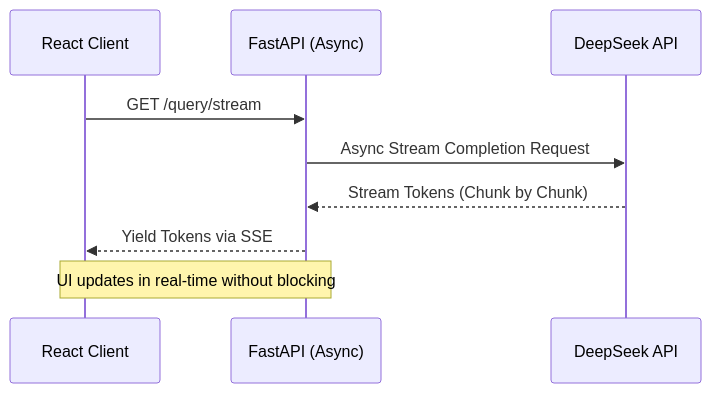
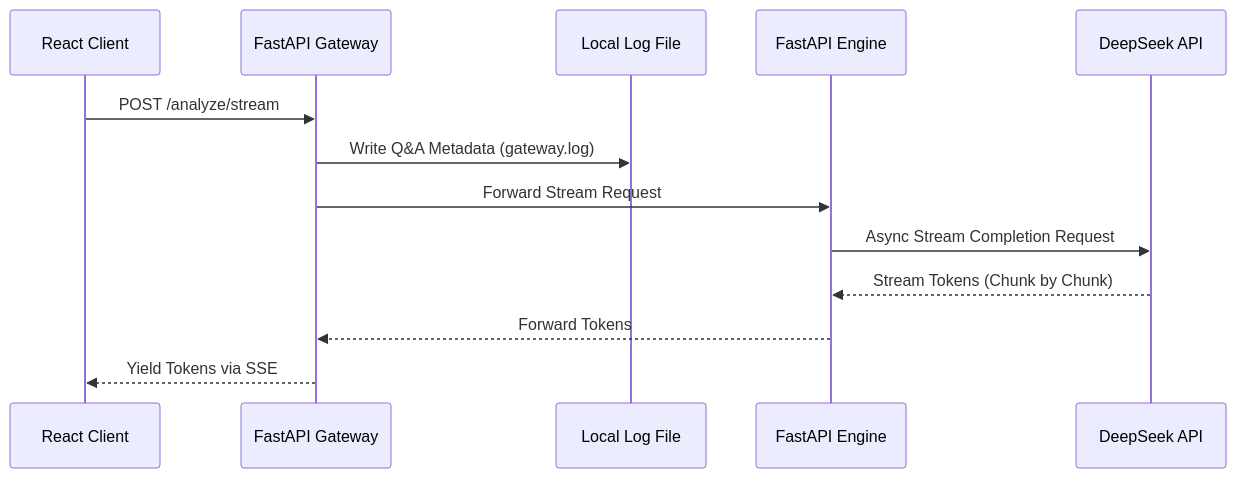
Before and after one commit to joe-ging/AI_Stock_Analyst_Enterprise: the second of 5 diagrams in README.md, drawn with Mermaid. The commit also changed other lines of this file and 8 other files, not shown here.

Commit message:
docs: comprehensive update to logging architecture and READMEs

````diff
--- a/README.md
+++ b/README.md
@@ -80,12 +83,16 @@
 ```mermaid
 sequenceDiagram
     participant UI as React Client
-    participant Engine as FastAPI (Async)
+    participant Gateway as FastAPI Gateway
+    participant Log as Local Log File
+    participant Engine as FastAPI Engine
     participant DeepSeek as DeepSeek API
     
-    UI->>Engine: GET /query/stream
+    UI->>Gateway: POST /analyze/stream
+    Gateway->>Log: Write Q&A Metadata (gateway.log)
+    Gateway->>Engine: Forward Stream Request
     Engine->>DeepSeek: Async Stream Completion Request
     DeepSeek-->>Engine: Stream Tokens (Chunk by Chunk)
-    Engine-->>UI: Yield Tokens via SSE
-    Note over UI, Engine: UI updates in real-time without blocking
+    Engine-->>Gateway: Forward Tokens
+    Gateway-->>UI: Yield Tokens via SSE
 ```
````
